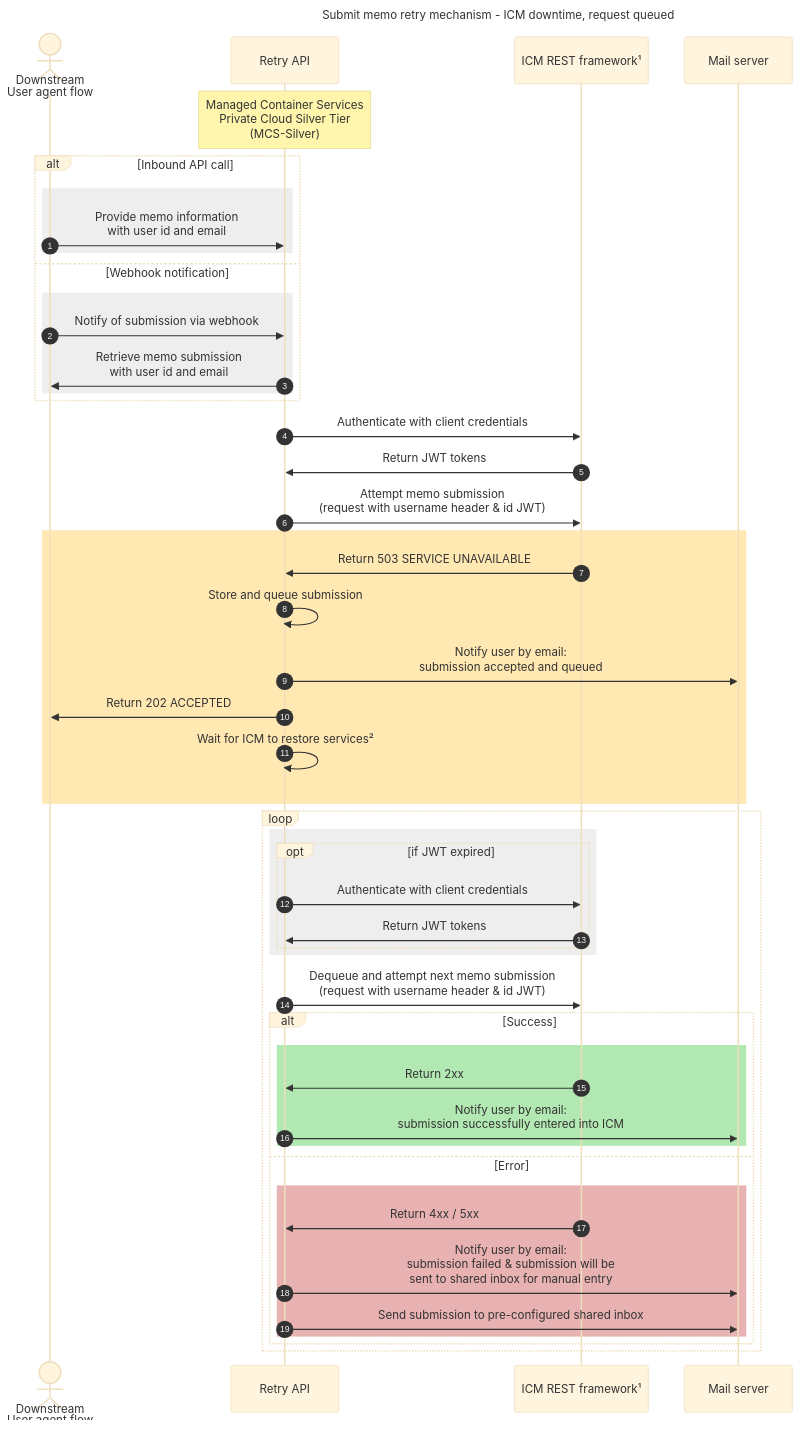
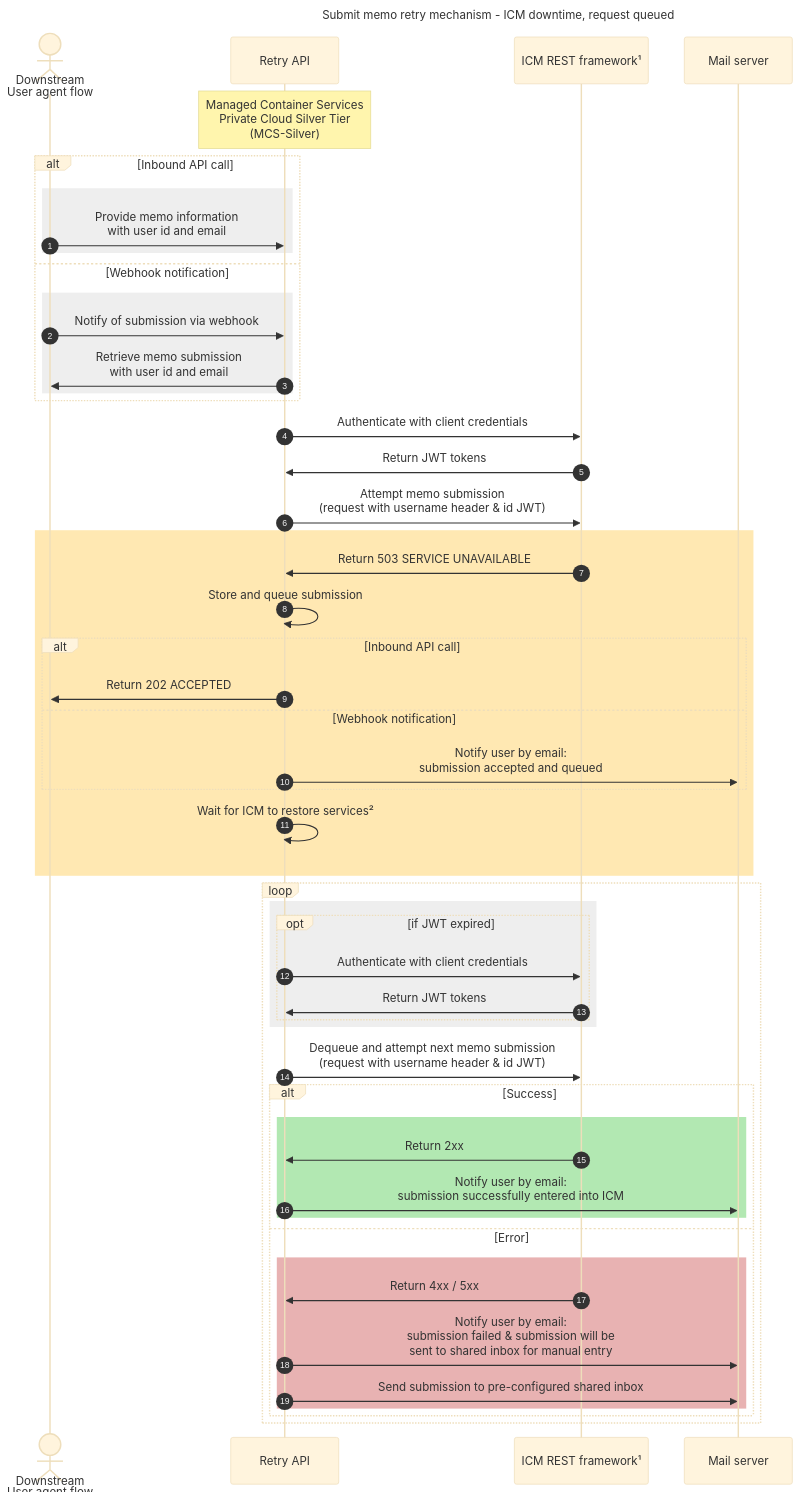
One commit to bcgov/social-sector-api-retry changed the diagram in docs/design/sequence-queued.md. Above: the diagram before and after it, drawn with Mermaid (base theme).

Commit message:
Add alt for returning acceptance

````diff
--- a/docs/design/sequence-queued.md
+++ b/docs/design/sequence-queued.md
@@ -1,63 +1,68 @@
 ```mermaid
 ---
 title: Submit memo retry mechanism - ICM downtime, request queued
 ---
 sequenceDiagram
     autonumber
 
     actor User as Downstream<br>User agent flow
     participant Retry as Retry API
     participant Icm as ICM REST framework¹
     participant Email as Mail server
 
     note over Retry: Managed Container Services <br> Private Cloud Silver Tier <br> (MCS-Silver)
 
     alt Inbound API call
         rect rgba(200,200,200,0.3)
             User->>Retry: Provide memo information<br>with user id and email
         end
     else Webhook notification
         rect rgba(200,200,200,0.3)
             User->>Retry: Notify of submission via webhook
             Retry->>User: Retrieve memo submission<br>with user id and email
         end
     end
 
     Retry->>Icm: Authenticate with client credentials
     Icm->>Retry: Return JWT tokens
 
     Retry->>Icm: Attempt memo submission<br/> (request with username header & id JWT)
 
     rect rgba(255, 180, 0, 0.3)
         Icm->>Retry: Return 503 SERVICE UNAVAILABLE
         Retry->>Retry: Store and queue submission
-        Retry->>Email: Notify user by email: <br> submission accepted and queued
-        Retry->>User: Return 202 ACCEPTED
+
+        alt Inbound API call
+            Retry->>User: Return 202 ACCEPTED
+        else Webhook notification
+            Retry->>Email: Notify user by email: <br> submission accepted and queued
+        end
+
         Retry->>Retry: Wait for ICM to restore services²
     end
 
     loop
         rect rgba(200,200,200,0.3)
             opt if JWT expired
                 Retry->>Icm: Authenticate with client credentials
                 Icm->>Retry: Return JWT tokens
             end
         end
 
         Retry->>Icm: Dequeue and attempt next memo submission<br>(request with username header & id JWT)
 
         alt Success
             rect rgba(0, 180, 0, 0.3)
                 Icm->>Retry: Return 2xx
                 Retry->>Email: Notify user by email: <br> submission successfully entered into ICM
             end
         else Error
             rect rgba(180, 0, 0, 0.3)
                 Icm->>Retry: Return 4xx / 5xx
                 Retry->>Email: Notify user by email: <br> submission failed & submission will be <br> sent to shared inbox for manual entry
                 Retry->>Email: Send submission to pre-configured shared inbox
             end
         end
     end
 
 ```
````
